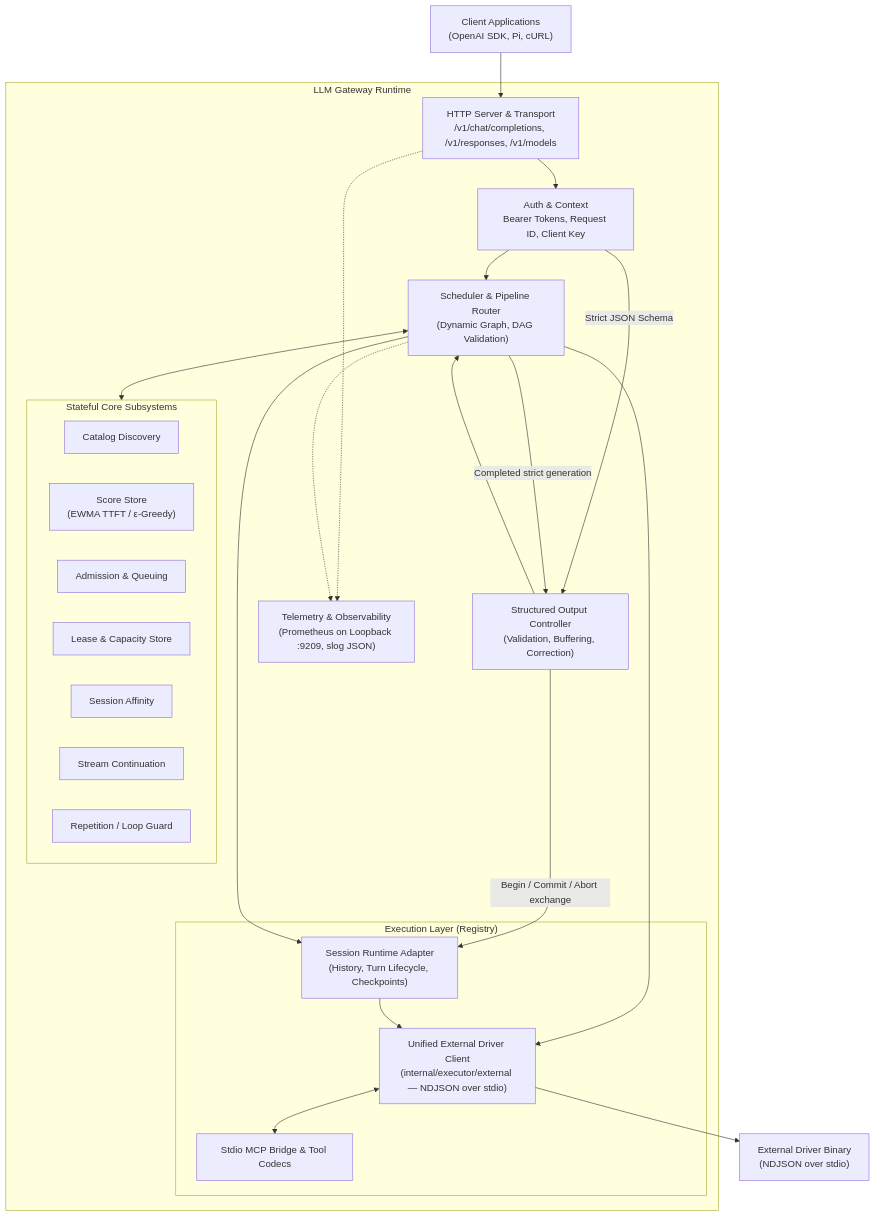
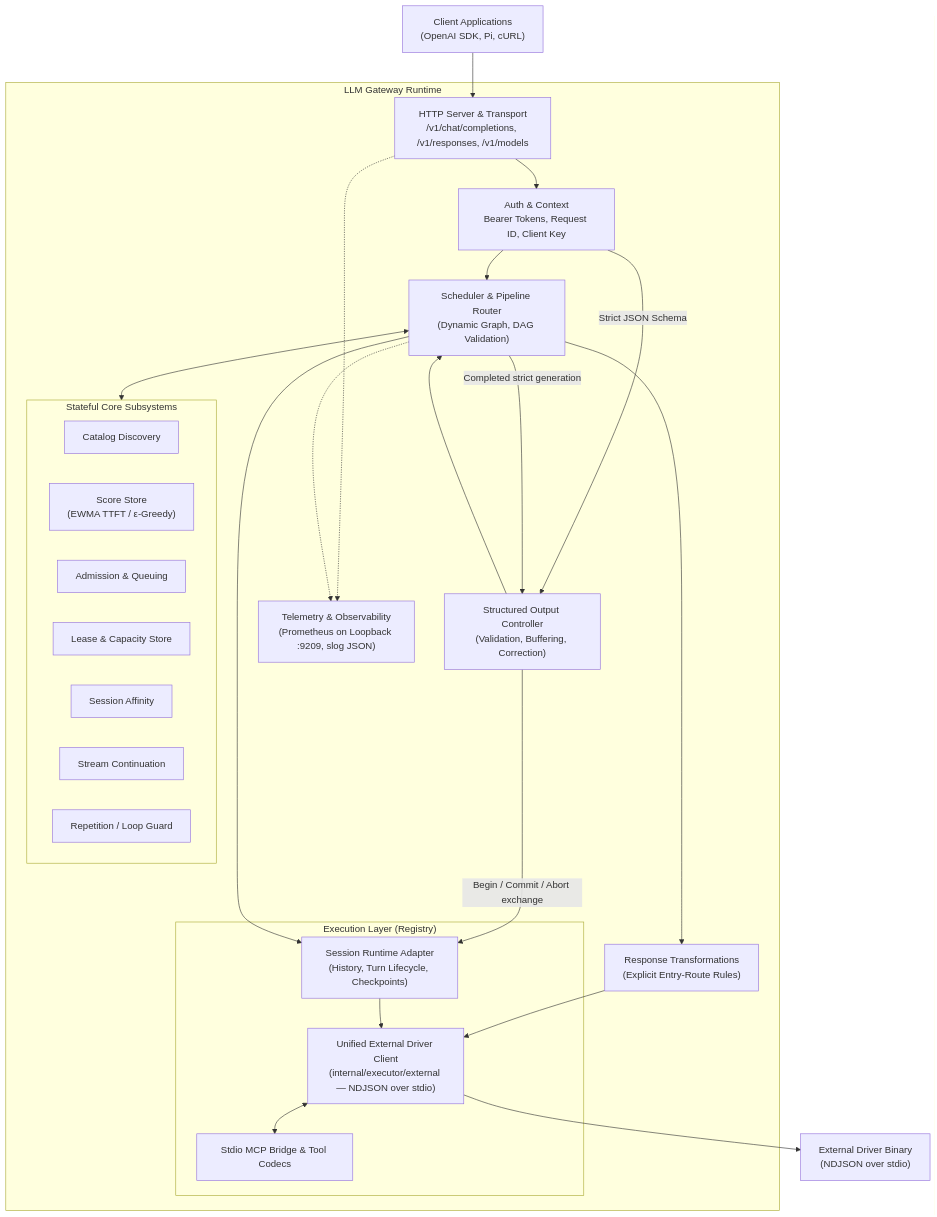
One commit to mytecor/llm-gateway changed the first of 4 diagrams in ARCHITECTURE.md. Above: the diagram before and after it, drawn with Mermaid. The commit also changed other lines of this file and 19 other files, not shown here.

````diff
--- a/ARCHITECTURE.md
+++ b/ARCHITECTURE.md
@@ -11,50 +11,52 @@
 ```mermaid
 flowchart TD
     Client["Client Applications<br/>(OpenAI SDK, Pi, cURL)"]
     
     subgraph Gateway["LLM Gateway Runtime"]
         Server["HTTP Server & Transport<br/>/v1/chat/completions, /v1/responses, /v1/models"]
         Auth["Auth & Context<br/>Bearer Tokens, Request ID, Client Key"]
         
         Structured["Structured Output Controller<br/>(Validation, Buffering, Correction)"]
+        Transform["Response Transformations<br/>(Explicit Entry-Route Rules)"]
         Scheduler["Scheduler & Pipeline Router<br/>(Dynamic Graph, DAG Validation)"]
         
         subgraph Subsystems["Stateful Core Subsystems"]
             Catalog["Catalog Discovery"]
             ScoreStore["Score Store<br/>(EWMA TTFT / ε-Greedy)"]
             Admission["Admission & Queuing"]
             Lease["Lease & Capacity Store"]
             Affinity["Session Affinity"]
             Continue["Stream Continuation"]
             Repetition["Repetition / Loop Guard"]
         end
 
         subgraph Executors["Execution Layer (Registry)"]
             SessionExec["Session Runtime Adapter<br/>(History, Turn Lifecycle, Checkpoints)"]
             ExternalDriver["Unified External Driver Client<br/>(internal/executor/external — NDJSON over stdio)"]
             MCPSystem["Stdio MCP Bridge & Tool Codecs"]
         end
         
         Telemetry["Telemetry & Observability<br/>(Prometheus on Loopback :9209, slog JSON)"]
     end
 
     Driver["External Driver Binary<br/>(NDJSON over stdio)"]
 
     Client --> Server
     Server --> Auth
     Auth --> Scheduler
     Auth -->|Strict JSON Schema| Structured
     Structured --> Scheduler
     Scheduler -->|Completed strict generation| Structured
     Structured -->|Begin / Commit / Abort exchange| SessionExec
     Scheduler <--> Subsystems
-    Scheduler --> ExternalDriver
+    Scheduler --> Transform
+    Transform --> ExternalDriver
     Scheduler --> SessionExec
     
     SessionExec --> ExternalDriver
     ExternalDriver <--> MCPSystem
     ExternalDriver --> Driver
     
     Server -.-> Telemetry
     Scheduler -.-> Telemetry
 ```
````
